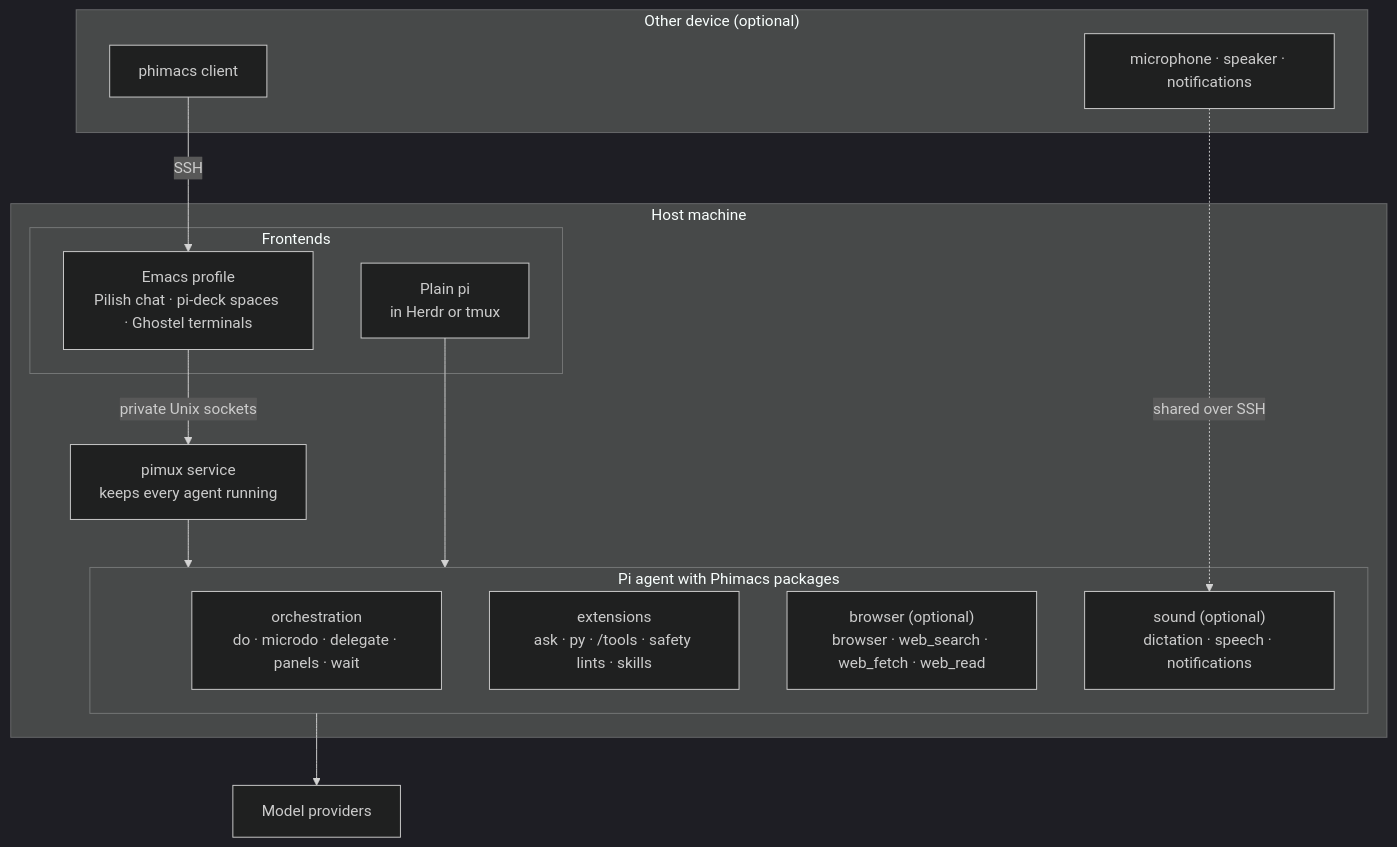
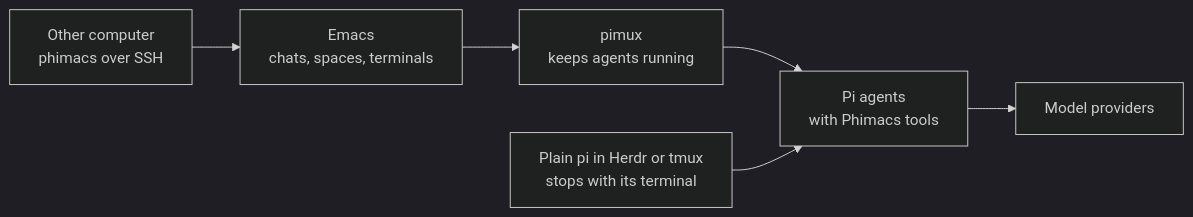
Before and after one commit to offline-ant/phimacs: the diagram in README.md, drawn with Mermaid (dark theme). The commit also changed other lines of this file and 3 other files, not shown here.

````diff
--- a/README.md
+++ b/README.md
@@ -20,27 +87,8 @@
 ```mermaid
-flowchart TB
-  subgraph device["Other device (optional)"]
-    client["phimacs client"]
-    hw["microphone · speaker · notifications"]
-  end
-  subgraph host["Host machine"]
-    subgraph fronts["Frontends"]
-      emacs["Emacs profile<br/>Pilish chat · pi-deck spaces · Ghostel terminals"]
-      tui["Plain pi<br/>in Herdr or tmux"]
-    end
-    pimux["pimux service<br/>keeps every agent running"]
-    subgraph agent["Pi agent with Phimacs packages"]
-      orch["orchestration<br/>do · microdo · delegate · panels · wait"]
-      ext["extensions<br/>ask · py · /tools · safety lints · skills"]
-      browser["browser (optional)<br/>browser · web_search · web_fetch · web_read"]
-      sound["sound (optional)<br/>dictation · speech · notifications"]
-    end
-  end
-  models["Model providers"]
-  client -- SSH --> emacs
-  hw -. shared over SSH .-> sound
-  emacs -- private Unix sockets --> pimux
-  pimux --> agent
-  tui --> agent
-  agent --> models
+flowchart LR
+  laptop["Other computer<br/>phimacs over SSH"] --> emacs["Emacs<br/>chats, spaces, terminals"]
+  emacs --> pimux["pimux<br/>keeps agents running"]
+  pimux --> agents["Pi agents<br/>with Phimacs tools"]
+  tui["Plain pi in Herdr or tmux<br/>stops with its terminal"] --> agents
+  agents --> models["Model providers"]
 ```
````
